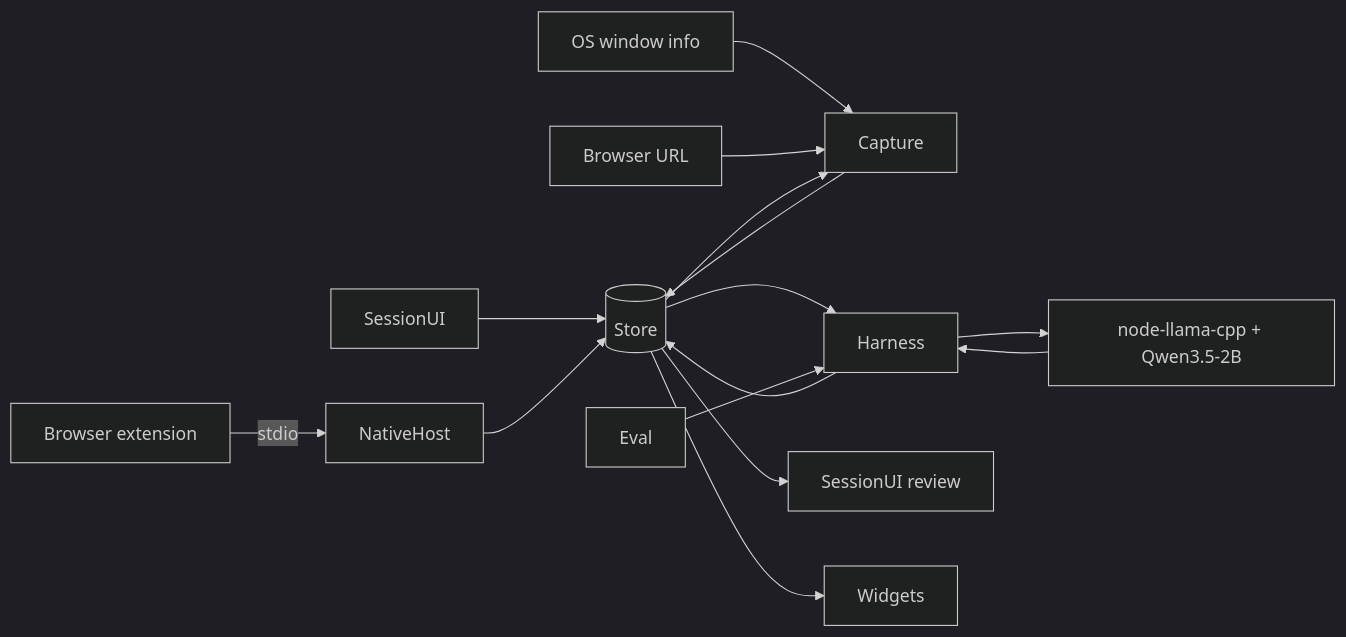
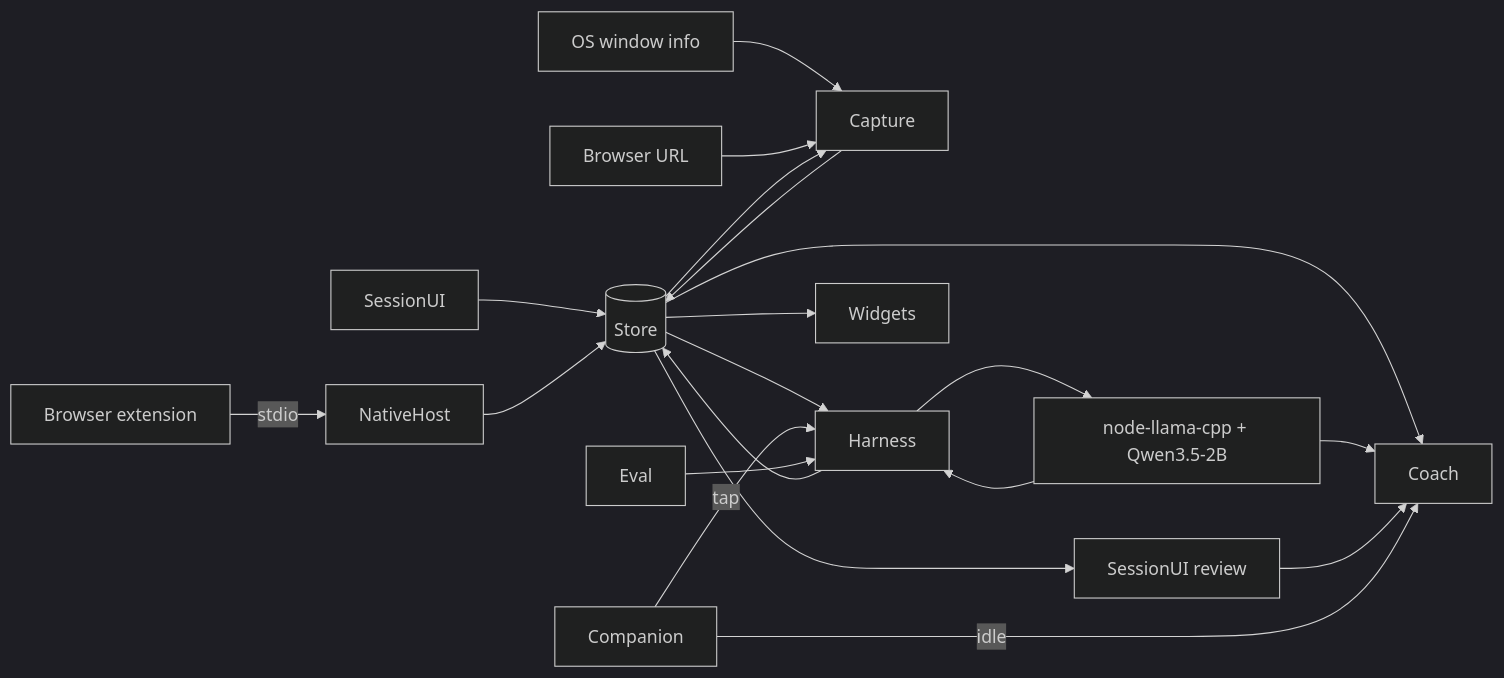
Before and after one commit to Alexandre-Nevero/focuslocal: the second of 2 diagrams in docs/system-design.md, drawn with Mermaid (dark theme). The commit also changed other lines of this file and 7 other files, not shown here.

First line of the commit message:
Record the coach, the companion, and a System One judge.

````diff
--- a/docs/system-design.md
+++ b/docs/system-design.md
@@ -48,17 +50,22 @@
 ```mermaid
 flowchart LR
   User[SessionUI] --> Store[(Store)]
   OS[OS window info] --> Capture[Capture]
   Browser[Browser URL] --> Capture
   Ext[Browser extension] -->|stdio| Host[NativeHost]
   Host --> Store
   Store --> Capture
   Capture --> Store
   Store --> Harness[Harness]
   Harness --> Runtime[node-llama-cpp + Qwen3.5-2B]
   Runtime --> Harness
   Harness --> Store
   Store --> Review[SessionUI review]
   Store --> Widgets[Widgets]
+  Store --> Coach[Coach]
+  Runtime --> Coach
+  Review --> Coach
+  Companion[Companion] -->|tap| Harness
+  Companion -->|idle| Coach
   Eval[Eval] --> Harness
 ```
````
